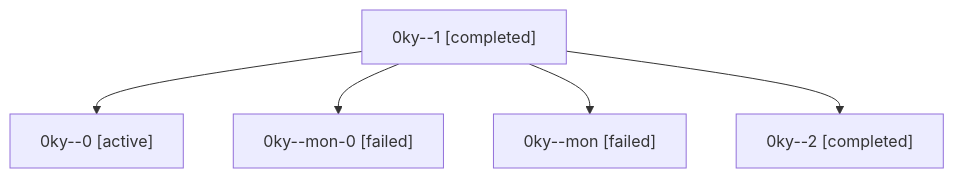
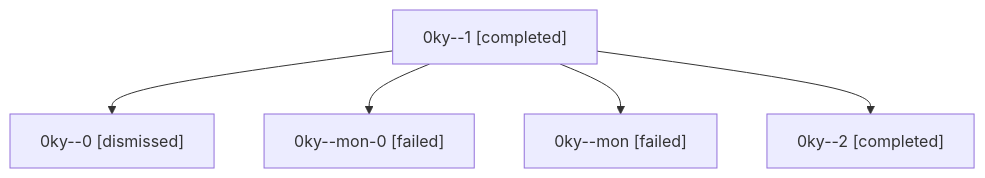
Before and after one commit to sase-org/sase--agents: the diagram in sessions/bbugyi200.athena.0ky.md, drawn with Mermaid. The commit also changed other lines of this file and 31 other files, not shown here.

````diff
--- a/sessions/bbugyi200.athena.0ky.md
+++ b/sessions/bbugyi200.athena.0ky.md
@@ -9,12 +9,12 @@
 ```mermaid
 flowchart TD
   n0["0ky--1 [completed]"]
-  n1["0ky--0 [active]"]
+  n1["0ky--0 [dismissed]"]
   n0 --> n1
   n2["0ky--mon-0 [failed]"]
   n0 --> n2
   n3["0ky--mon [failed]"]
   n0 --> n3
   n4["0ky--2 [completed]"]
   n0 --> n4
 ```
````
